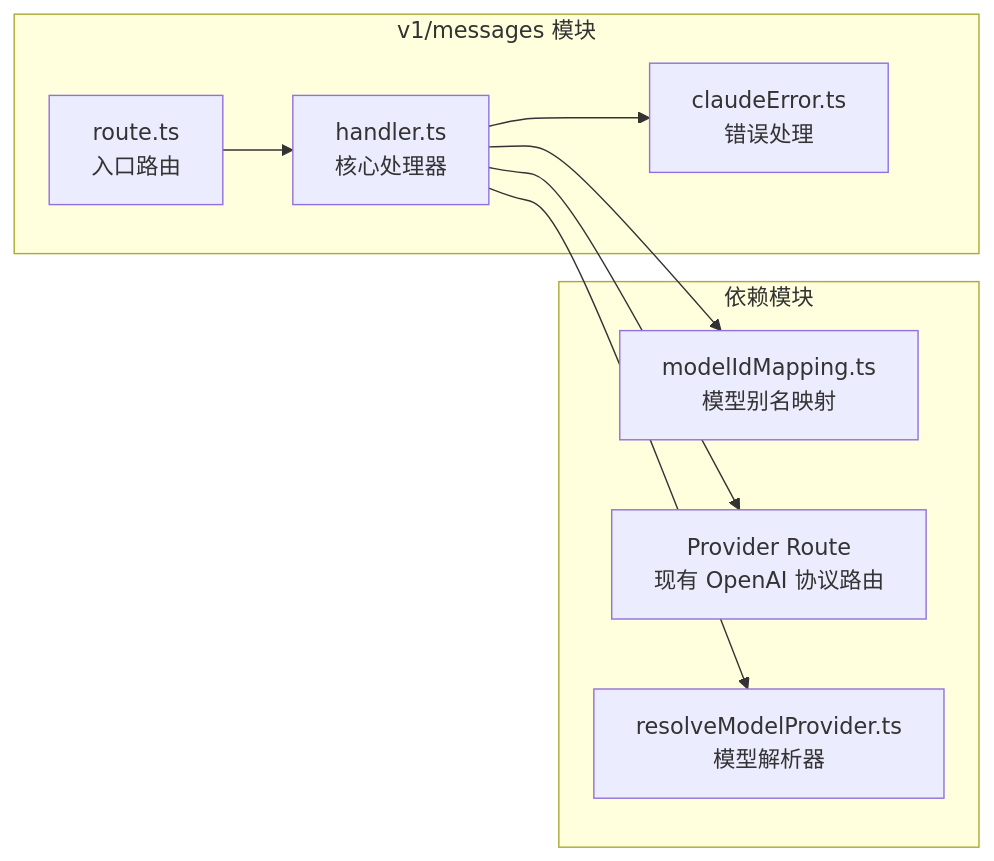
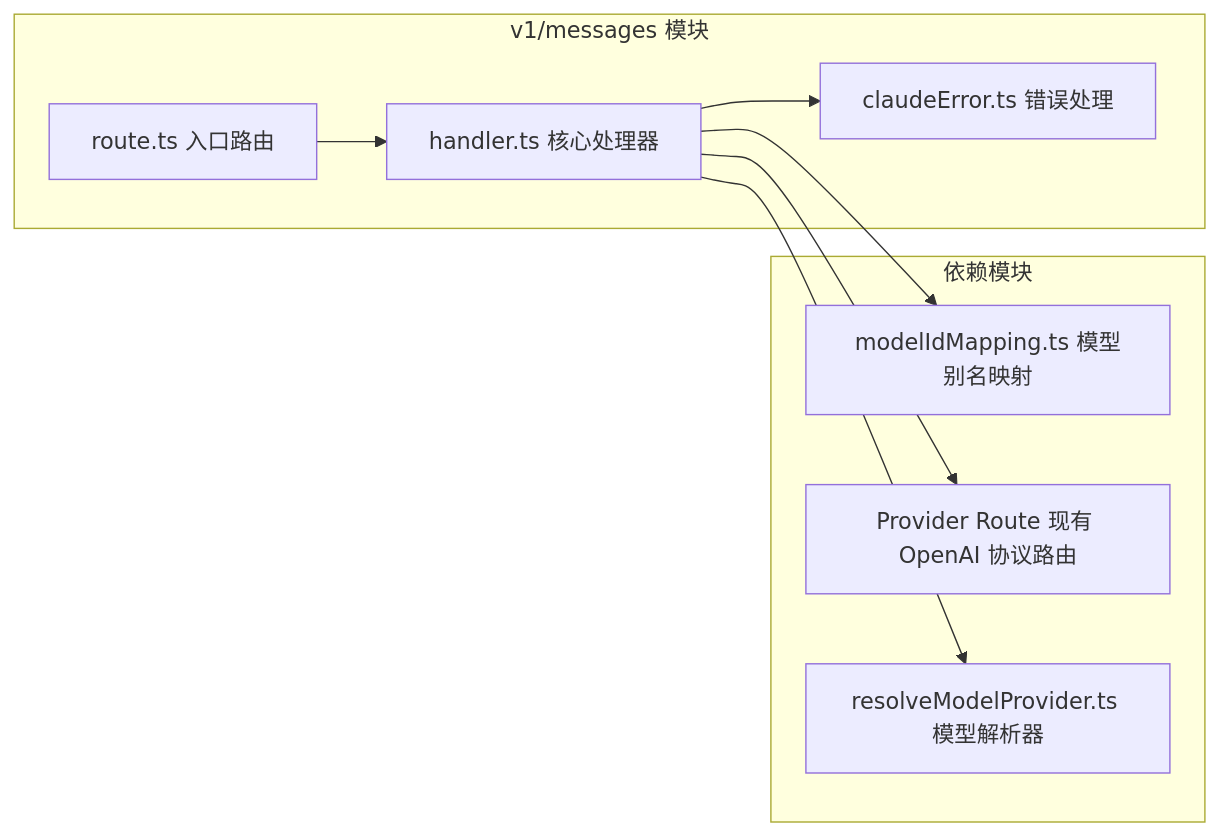
The second of 17 diagrams in claudecode/技术方案.md (RudolphHuang/openclaw_doc), drawn with Mermaid before and after one commit. The commit also changed other lines of this file, not shown here.

````diff
--- a/claudecode/技术方案.md
+++ b/claudecode/技术方案.md
@@ -63,20 +63,20 @@
 ```mermaid
 graph LR
     subgraph "v1/messages 模块"
-        Route[route.ts<br/>入口路由]
-        Handler[handler.ts<br/>核心处理器]
-        ClaudeError[claudeError.ts<br/>错误处理]
+        Route[route.ts 入口路由]
+        Handler[handler.ts 核心处理器]
+        ClaudeError[claudeError.ts 错误处理]
     end
 
     subgraph "依赖模块"
-        ModelMapping[modelIdMapping.ts<br/>模型别名映射]
-        ProviderRoute[Provider Route<br/>现有 OpenAI 协议路由]
-        ResolveProvider[resolveModelProvider.ts<br/>模型解析器]
+        ModelMapping[modelIdMapping.ts 模型别名映射]
+        ProviderRoute[Provider Route 现有 OpenAI 协议路由]
+        ResolveProvider[resolveModelProvider.ts 模型解析器]
     end
 
     Route --> Handler
     Handler --> ClaudeError
     Handler --> ModelMapping
     Handler --> ProviderRoute
     Handler --> ResolveProvider
 ```
````
